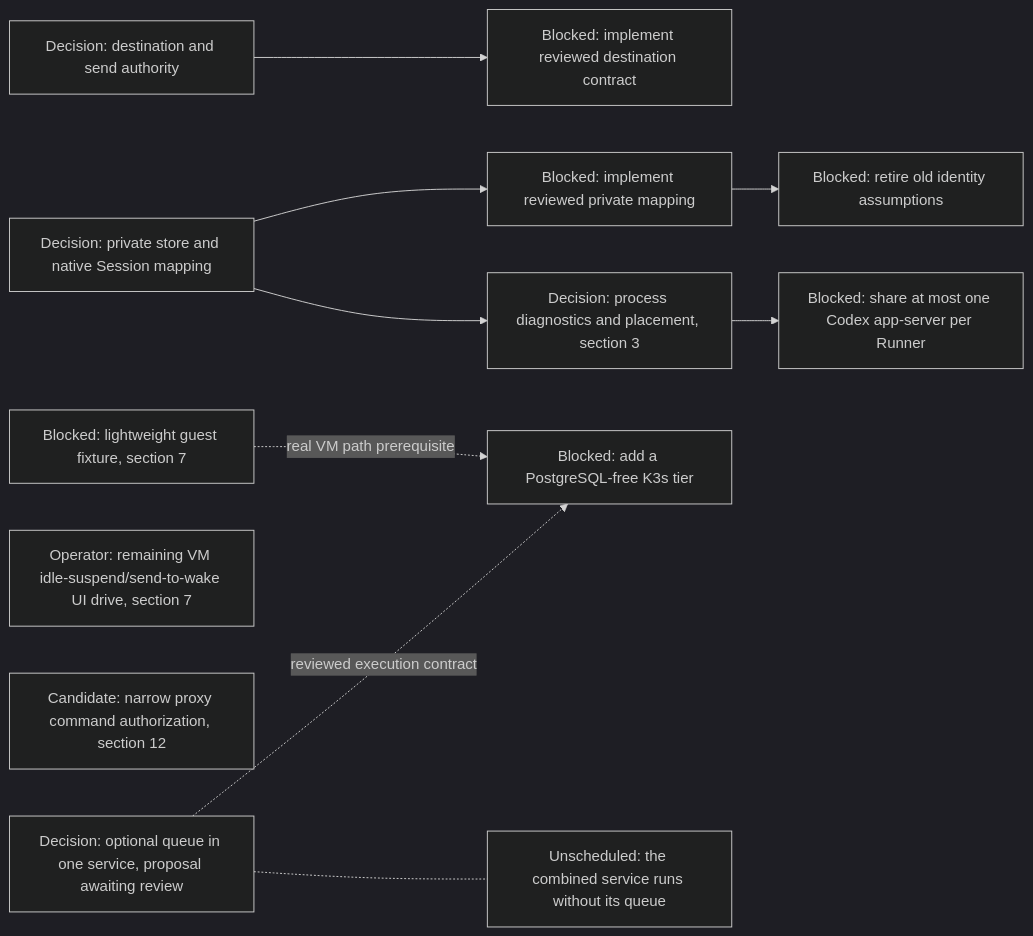
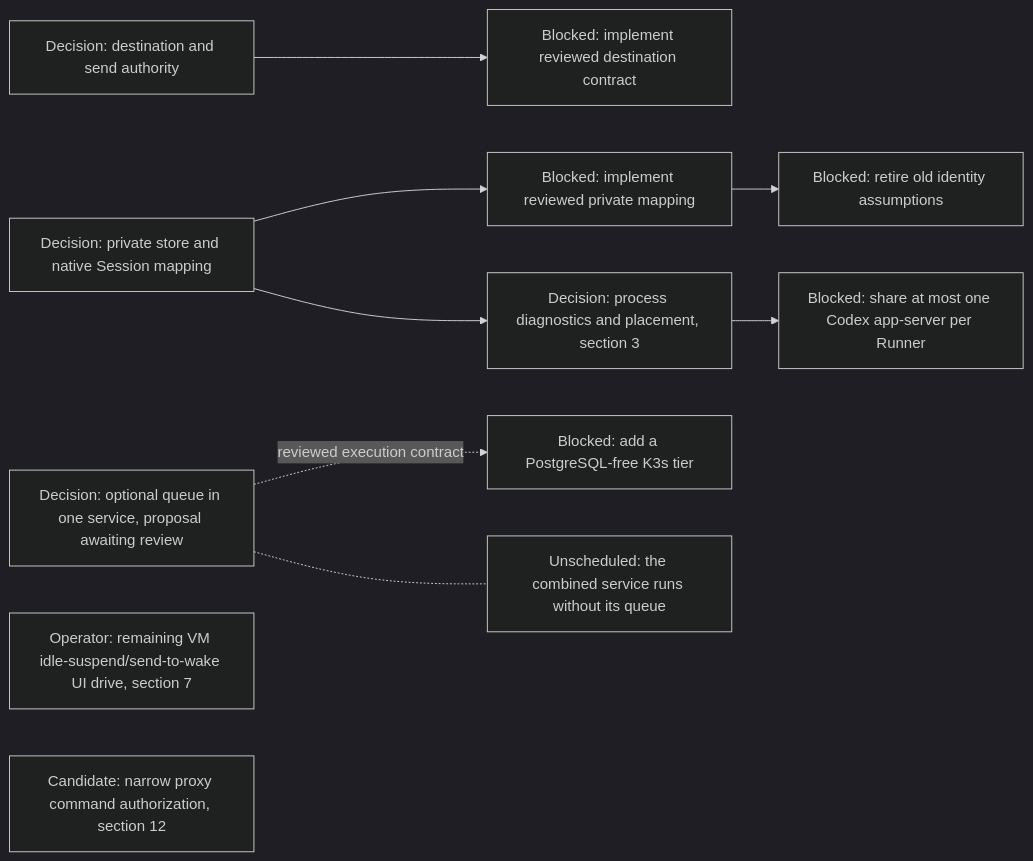
One commit to agentydragon-agent/ducktape changed diagram 16 of 19 in agentplane/plans/task_dag.md. Above: the diagram before and after it, drawn with Mermaid (dark theme). The commit also changed other lines of this file and 22 other files, not shown here.

````diff
--- a/agentplane/plans/task_dag.md
+++ b/agentplane/plans/task_dag.md
@@ -1706,22 +1680,20 @@
 ```mermaid
 flowchart LR
     DISPATCHER_PERSISTENCE_MODEL_DESIGN[Decision: optional queue in one service, proposal awaiting review]
     DELIVERY_DESTINATION_AUTHORITY_DESIGN[Decision: destination and send authority]
     DELIVERY_DESTINATION_CONTRACT[Blocked: implement reviewed destination contract]
     HARNESS_IDENTITY_DESIGN[Decision: private store and native Session mapping]
     RUNNER_STORE_SESSION_IDENTITY[Blocked: implement reviewed private mapping]
     RUNNER_IDENTITY_LEGACY_CLEANUP[Blocked: retire old identity assumptions]
     IDLE_SUSPEND_UI_DRIVE[Operator: remaining VM idle-suspend/send-to-wake UI drive, section 7]
     PROXY_START_METHODS_DISPATCHER_ONLY[Candidate: narrow proxy command authorization, section 12]
     RUNNER_HARNESS_OBJECTS_DESIGN[Decision: process diagnostics and placement, section 3]
     CNPG_FREE_K3S_INTEGRATION_TIER[Blocked: add a PostgreSQL-free K3s tier]
-    K3S_VM_IMAGE[Blocked: lightweight guest fixture, section 7]
     DELIVERY_DESTINATION_AUTHORITY_DESIGN --> DELIVERY_DESTINATION_CONTRACT
     RUNNER_STORE_SESSION_IDENTITY --> RUNNER_IDENTITY_LEGACY_CLEANUP
     HARNESS_IDENTITY_DESIGN --> RUNNER_STORE_SESSION_IDENTITY
     HARNESS_IDENTITY_DESIGN --> RUNNER_HARNESS_OBJECTS_DESIGN
     RUNNER_HARNESS_OBJECTS_DESIGN --> RUNNER_CODEX_SHARED_PROCESS[Blocked: share at most one Codex app-server per Runner]
     DISPATCHER_PERSISTENCE_MODEL_DESIGN -. reviewed execution contract .-> CNPG_FREE_K3S_INTEGRATION_TIER
     DISPATCHER_PERSISTENCE_MODEL_DESIGN -.- DISPATCHER_QUEUE_OPTIONAL[Unscheduled: the combined service runs without its queue]
-    K3S_VM_IMAGE -. real VM path prerequisite .-> CNPG_FREE_K3S_INTEGRATION_TIER
 ```
````
